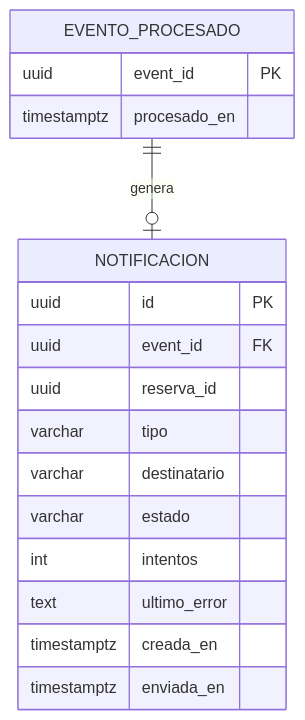
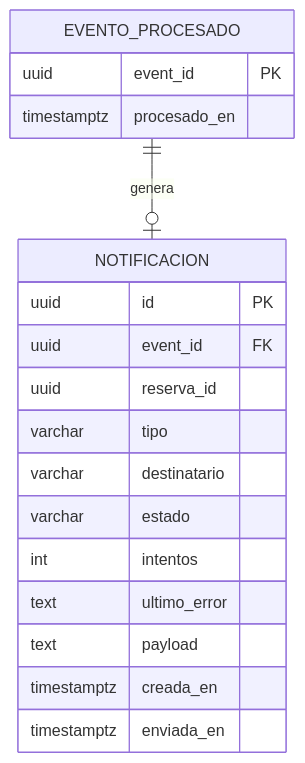
One commit to Wolf96xz/ReservaRecursosPublica changed the second of 2 diagrams in CLAUDE.md. Above: the diagram before and after it, drawn with Mermaid. The commit also changed other lines of this file and 36 other files, not shown here.

````diff
--- a/CLAUDE.md
+++ b/CLAUDE.md
@@ -250,20 +254,21 @@
 ```mermaid
 erDiagram
     EVENTO_PROCESADO ||--o| NOTIFICACION : "genera"
     EVENTO_PROCESADO {
         uuid event_id PK
         timestamptz procesado_en
     }
     NOTIFICACION {
         uuid id PK
         uuid event_id FK
         uuid reserva_id
         varchar tipo
         varchar destinatario
         varchar estado
         int intentos
         text ultimo_error
+        text payload
         timestamptz creada_en
         timestamptz enviada_en
     }
 ```
````
